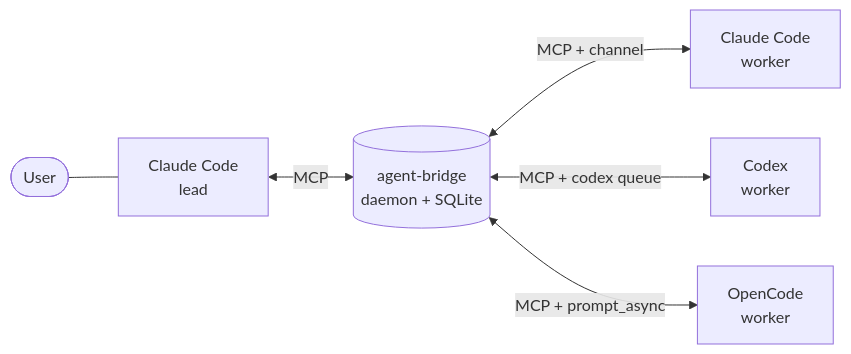
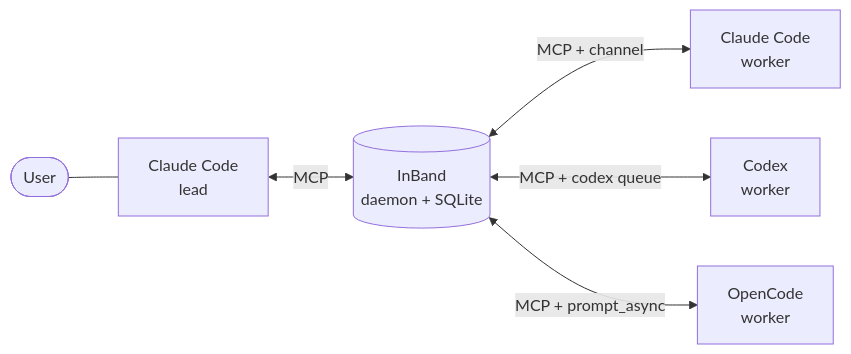
Before and after one commit to ruipedro-pinheiro/InBand: the diagram in README.md, drawn with Mermaid. The commit also changed other lines of this file and 39 other files, not shown here.

````diff
--- a/README.md
+++ b/README.md
@@ -23,8 +23,8 @@
 ```mermaid
 flowchart LR
     user([User]) --- lead["Claude Code<br/>lead"]
-    lead <-->|MCP| daemon[("agent-bridge<br/>daemon + SQLite")]
+    lead <-->|MCP| daemon[("InBand<br/>daemon + SQLite")]
     daemon <-->|MCP + channel| w1["Claude Code<br/>worker"]
     daemon <-->|MCP + codex queue| w2["Codex<br/>worker"]
     daemon <-->|MCP + prompt_async| w3["OpenCode<br/>worker"]
 ```
````
